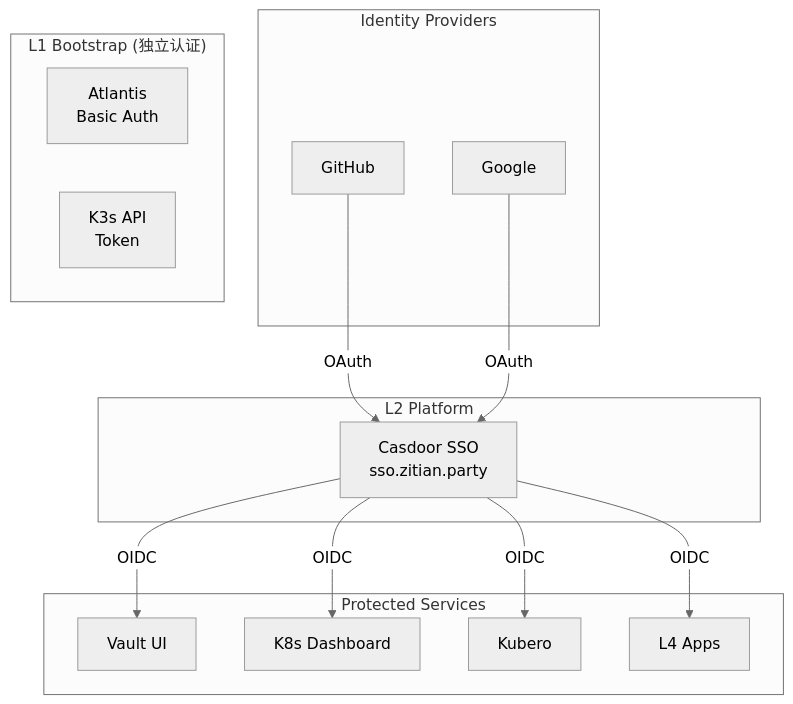
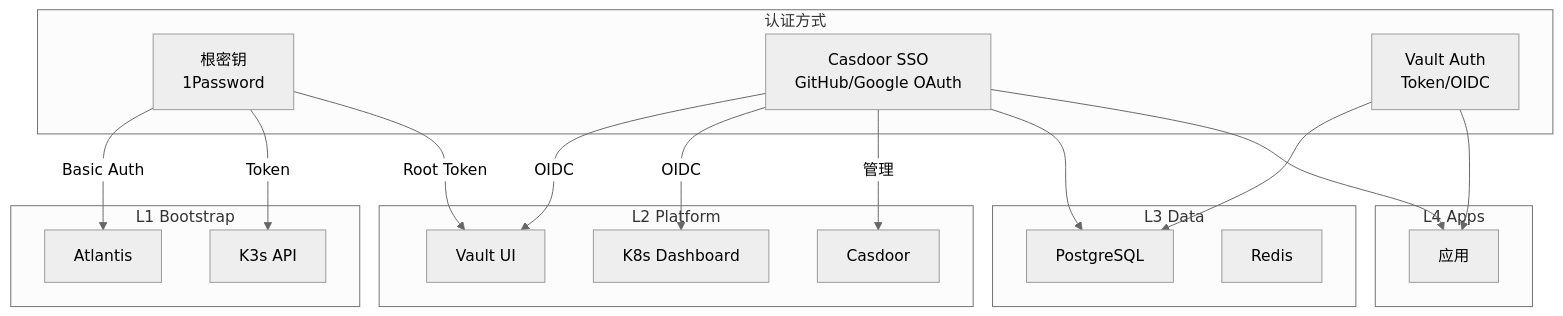
One commit to wangzitian0/infra changed the diagram in docs/ssot/auth.md. Above: the diagram before and after it, drawn with Mermaid (neutral theme). The commit also changed other lines of this file and 6 other files, not shown here.

First line of the commit message:
feat: IaC initialization patterns for PostgreSQL and Casdoor (#139)

````diff
--- a/docs/ssot/auth.md
+++ b/docs/ssot/auth.md
@@ -7,30 +7,42 @@
 ```mermaid
 graph TD
-    subgraph "Identity Providers"
-        GH[GitHub]
-        GOOGLE[Google]
+    subgraph "认证方式"
+        ROOT[根密钥<br/>1Password]
+        SSO[Casdoor SSO<br/>GitHub/Google OAuth]
+        VAULT_AUTH[Vault Auth<br/>Token/OIDC]
+    end
+
+    subgraph "L1 Bootstrap"
+        L1_ATLANTIS[Atlantis]
+        L1_K3S[K3s API]
     end
 
     subgraph "L2 Platform"
-        CASDOOR[Casdoor SSO<br/>sso.zitian.party]
+        L2_VAULT[Vault UI]
+        L2_DASH[K8s Dashboard]
+        L2_CASDOOR[Casdoor]
     end
 
-    subgraph "Protected Services"
-        VAULT[Vault UI]
-        DASH[K8s Dashboard]
-        KUBERO[Kubero]
-        APPS[L4 Apps]
+    subgraph "L3 Data"
+        L3_PG[PostgreSQL]
+        L3_REDIS[Redis]
     end
 
-    subgraph "L1 Bootstrap (独立认证)"
-        ATLANTIS[Atlantis<br/>Basic Auth]
-        K3S[K3s API<br/>Token]
+    subgraph "L4 Apps"
+        L4_APPS[应用]
     end
 
-    GH -->|OAuth| CASDOOR
-    GOOGLE -->|OAuth| CASDOOR
-    CASDOOR -->|OIDC| VAULT
-    CASDOOR -->|OIDC| DASH
-    CASDOOR -->|OIDC| KUBERO
-    CASDOOR -->|OIDC| APPS
+    ROOT -->|Basic Auth| L1_ATLANTIS
+    ROOT -->|Token| L1_K3S
+    
+    ROOT -->|Root Token| L2_VAULT
+    SSO -->|OIDC| L2_VAULT
+    SSO -->|OIDC| L2_DASH
+    SSO -->|管理| L2_CASDOOR
+
+    VAULT_AUTH --> L3_PG
+    SSO --> L3_PG
+    
+    VAULT_AUTH --> L4_APPS
+    SSO --> L4_APPS
 ```
````
